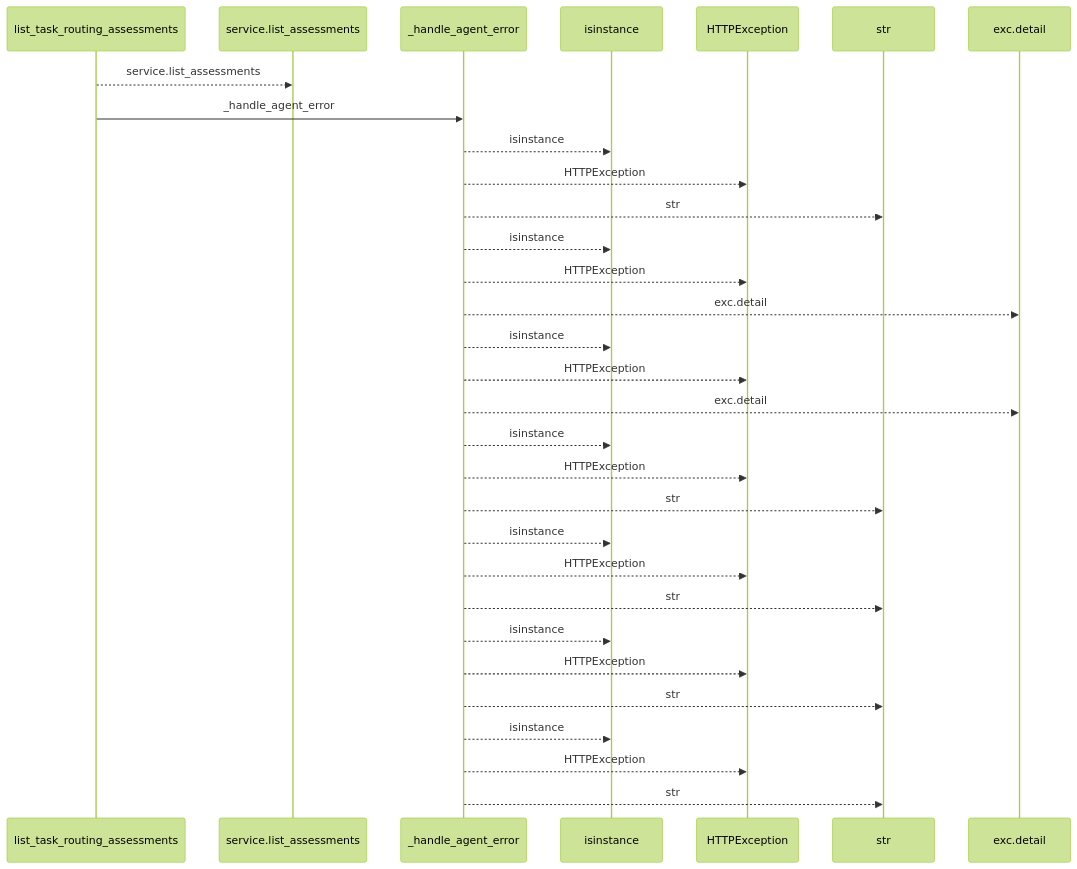
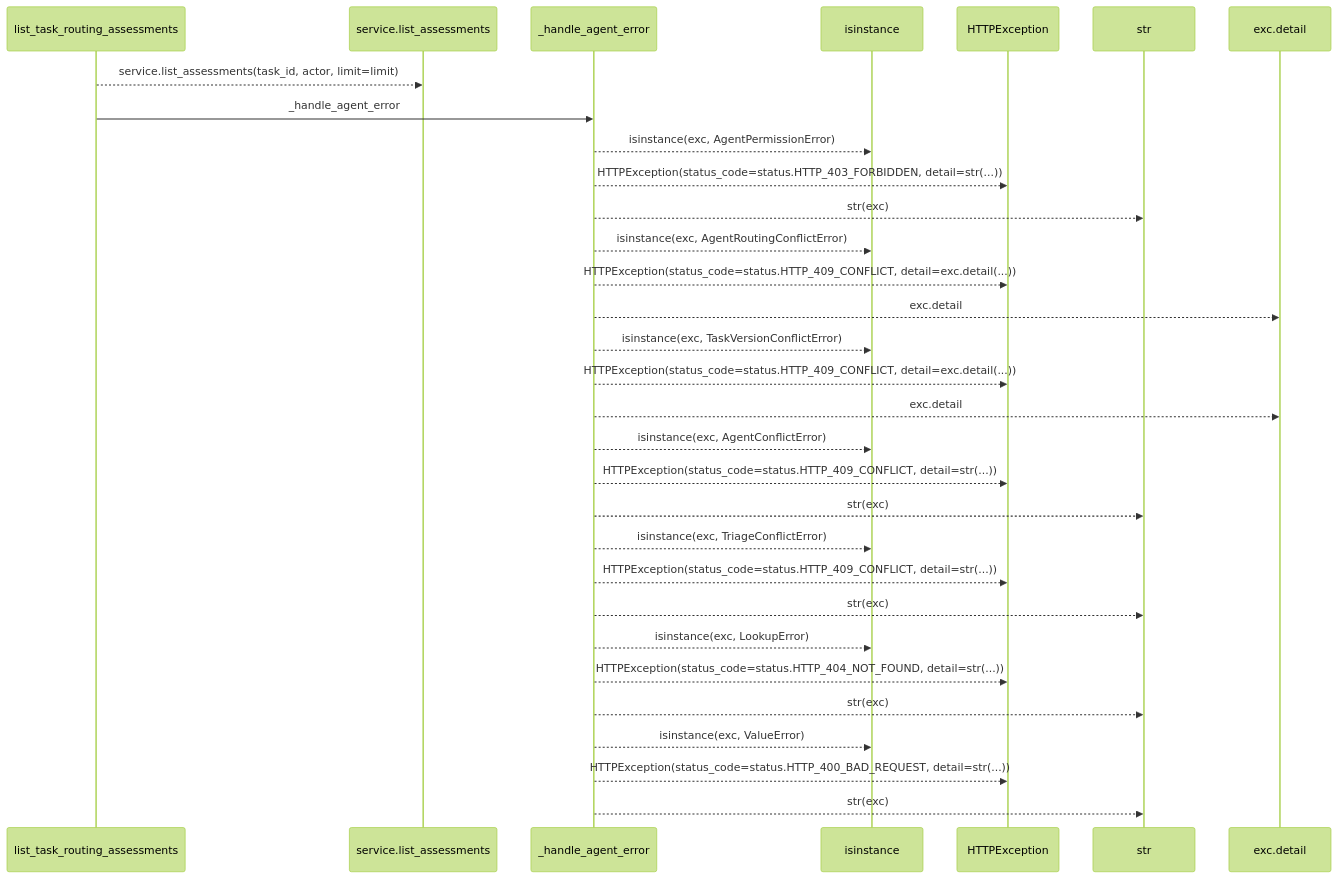
Before and after one commit to Denissvgn/WorkChord: the first of 2 diagrams in docs/llm_wiki/flows/http-list_task_routing_assessments.md, drawn with Mermaid (forest theme). The commit also changed other lines of this file and 25171 other files, not shown here.

````diff
--- a/docs/llm_wiki/flows/http-list_task_routing_assessments.md
+++ b/docs/llm_wiki/flows/http-list_task_routing_assessments.md
@@ -10,33 +12,33 @@
 ```mermaid
 sequenceDiagram
     participant p0 as list_task_routing_assessments
     participant p1 as service.list_assessments
     participant p2 as _handle_agent_error
     participant p3 as isinstance
     participant p4 as HTTPException
     participant p5 as str
     participant p6 as exc.detail
-    p0-->>p1: service.list_assessments
+    p0-->>p1: service.list_assessments(task_id, actor, limit=limit)
     p0->>p2: _handle_agent_error
-    p2-->>p3: isinstance
-    p2-->>p4: HTTPException
-    p2-->>p5: str
-    p2-->>p3: isinstance
-    p2-->>p4: HTTPException
+    p2-->>p3: isinstance(exc, AgentPermissionError)
+    p2-->>p4: HTTPException(status_code=status.HTTP_403_FORBIDDEN, detail=str(...))
+    p2-->>p5: str(exc)
+    p2-->>p3: isinstance(exc, AgentRoutingConflictError)
+    p2-->>p4: HTTPException(status_code=status.HTTP_409_CONFLICT, detail=exc.detail(...))
     p2-->>p6: exc.detail
-    p2-->>p3: isinstance
-    p2-->>p4: HTTPException
+    p2-->>p3: isinstance(exc, TaskVersionConflictError)
+    p2-->>p4: HTTPException(status_code=status.HTTP_409_CONFLICT, detail=exc.detail(...))
     p2-->>p6: exc.detail
-    p2-->>p3: isinstance
-    p2-->>p4: HTTPException
-    p2-->>p5: str
-    p2-->>p3: isinstance
-    p2-->>p4: HTTPException
-    p2-->>p5: str
-    p2-->>p3: isinstance
-    p2-->>p4: HTTPException
-    p2-->>p5: str
-    p2-->>p3: isinstance
-    p2-->>p4: HTTPException
-    p2-->>p5: str
+    p2-->>p3: isinstance(exc, AgentConflictError)
+    p2-->>p4: HTTPException(status_code=status.HTTP_409_CONFLICT, detail=str(...))
+    p2-->>p5: str(exc)
+    p2-->>p3: isinstance(exc, TriageConflictError)
+    p2-->>p4: HTTPException(status_code=status.HTTP_409_CONFLICT, detail=str(...))
+    p2-->>p5: str(exc)
+    p2-->>p3: isinstance(exc, LookupError)
+    p2-->>p4: HTTPException(status_code=status.HTTP_404_NOT_FOUND, detail=str(...))
+    p2-->>p5: str(exc)
+    p2-->>p3: isinstance(exc, ValueError)
+    p2-->>p4: HTTPException(status_code=status.HTTP_400_BAD_REQUEST, detail=str(...))
+    p2-->>p5: str(exc)
 ```
````
